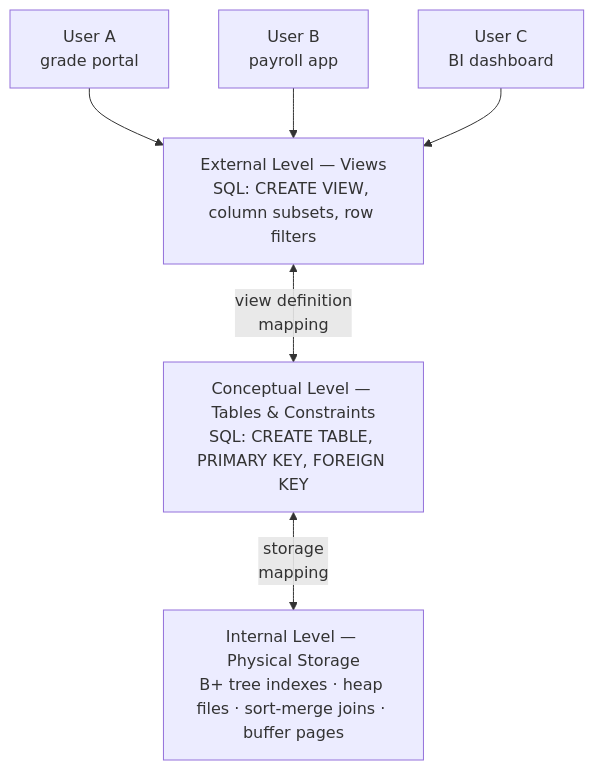
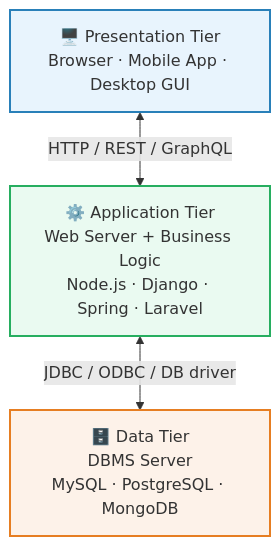
The fourth of 6 diagrams in part-01-foundations/ch02-concepts-architecture.qmd (HusseinYounis/database), drawn with Mermaid before and after one commit. The commit also changed other lines of this file and 20 other files, not shown here.

````diff
--- a/part-01-foundations/ch02-concepts-architecture.qmd
+++ b/part-01-foundations/ch02-concepts-architecture.qmd
@@ -54,16 +277,13 @@
 ```{mermaid}
 %%| eval: true
 %%| echo: false
 flowchart TD
-    UA["User A<br/>grade portal"]
-    UB["User B<br/>payroll app"]
-    UC["User C<br/>BI dashboard"]
-
-    E["External Level — Views<br/>SQL: CREATE VIEW, column subsets, row filters"]
-    C["Conceptual Level — Tables & Constraints<br/>SQL: CREATE TABLE, PRIMARY KEY, FOREIGN KEY"]
-    I["Internal Level — Physical Storage<br/>B+ tree indexes · heap files · sort-merge joins · buffer pages"]
-
-    UA & UB & UC --> E
-    E <-->|"view definition<br/>mapping"| C
-    C <-->|"storage<br/>mapping"| I
+    P["🖥️ Presentation Tier<br/>Browser · Mobile App · Desktop GUI"]
+    A["⚙️ Application Tier<br/>Web Server + Business Logic<br/>Node.js · Django · Spring · Laravel"]
+    D["🗄️ Data Tier<br/>DBMS Server<br/>MySQL · PostgreSQL · MongoDB"]
+    P <-->|"HTTP / REST / GraphQL"| A
+    A <-->|"JDBC / ODBC / DB driver"| D
+    style P fill:#e8f4fd,stroke:#2980b9,stroke-width:2px
+    style A fill:#eafaf1,stroke:#27ae60,stroke-width:2px
+    style D fill:#fdf2e9,stroke:#e67e22,stroke-width:2px
 ```
````
